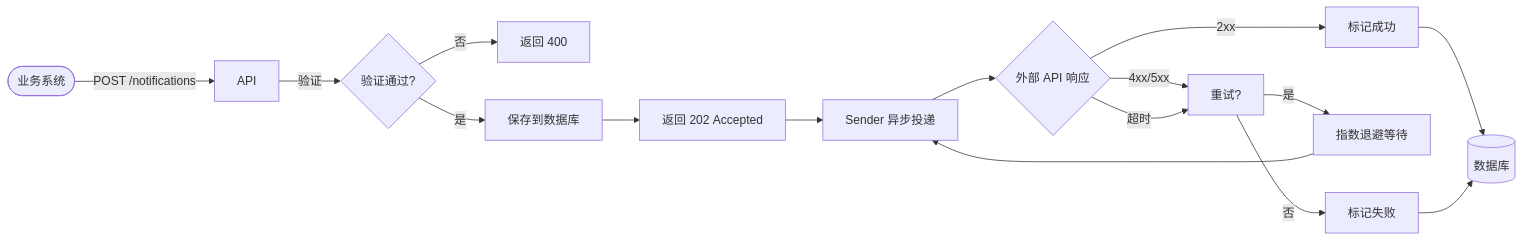
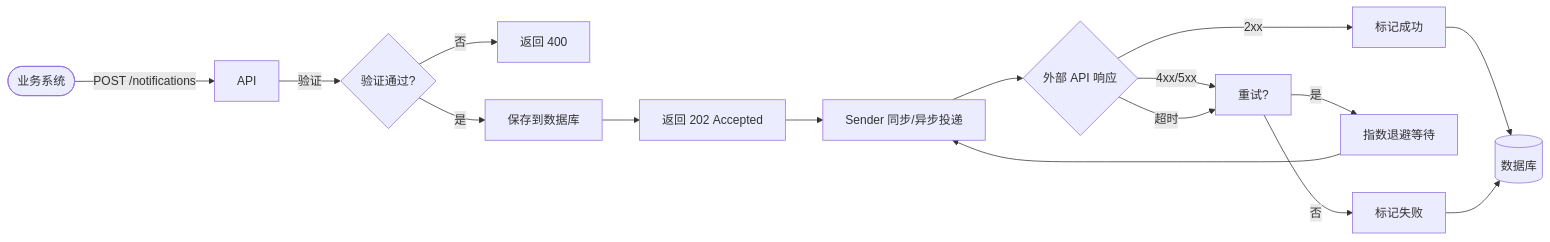
The third of 3 diagrams in openspec/changes/api-notification-system/design.md (springmonster/rc_kuanghaochuan), drawn with Mermaid before and after one commit. The commit also changed other lines of this file and 5 other files, not shown here.

````diff
--- a/openspec/changes/api-notification-system/design.md
+++ b/openspec/changes/api-notification-system/design.md
@@ -102,18 +99,18 @@
 ```mermaid
 flowchart LR
     A([业务系统]) -->|POST /notifications| B[API]
     B -->|验证| C{验证通过?}
     C -->|否| D[返回 400]
     C -->|是| E[保存到数据库]
     E --> F[返回 202 Accepted]
-    F --> G[Sender 异步投递]
+    F --> G[Sender 同步/异步投递]
     G --> H{外部 API 响应}
     H -->|2xx| I[标记成功]
     H -->|4xx/5xx| J[重试?]
     H -->|超时| J
     J -->|是| K[指数退避等待]
     K --> G
     J -->|否| L[标记失败]
     I --> M[(数据库)]
     L --> M
 ```
````
